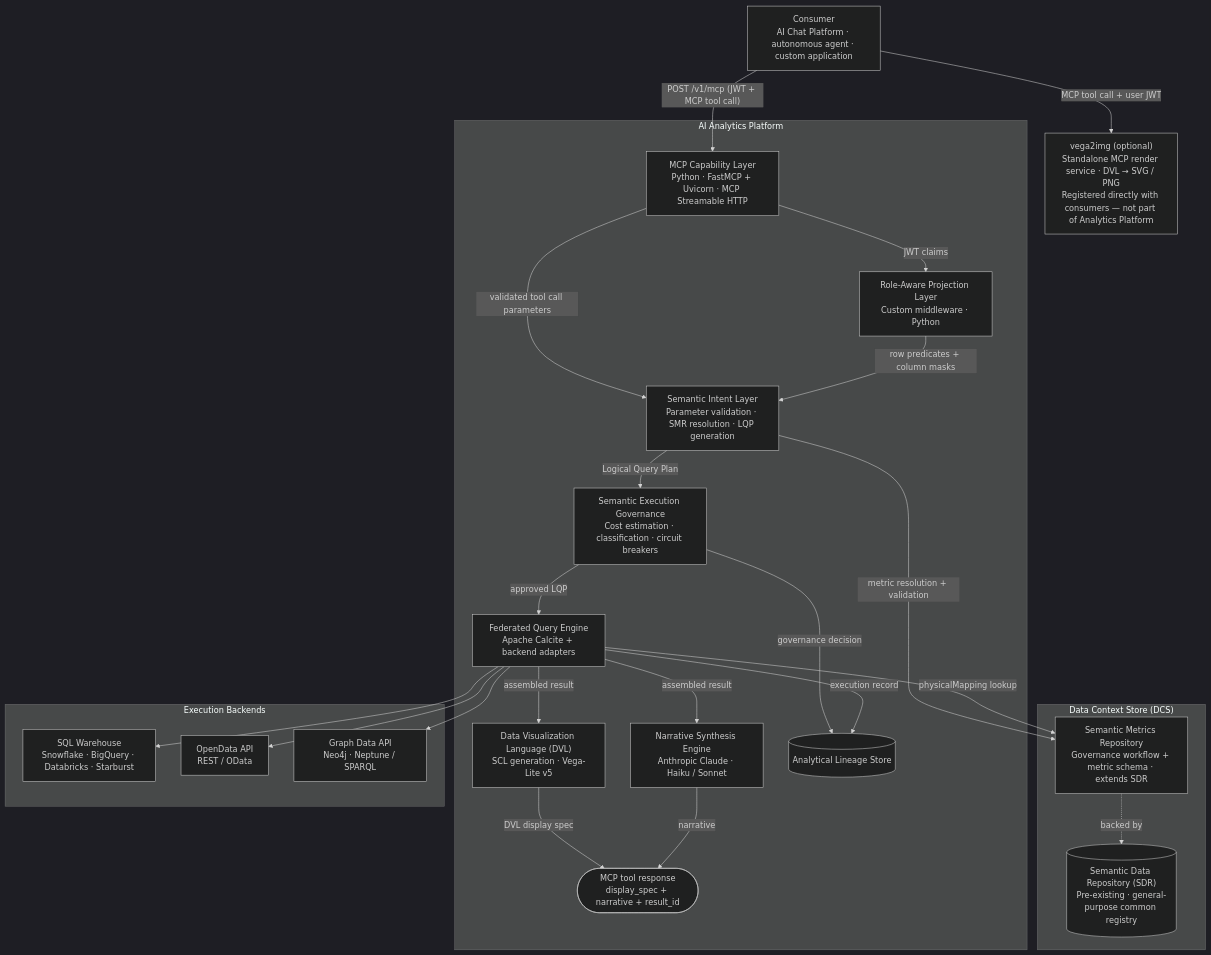
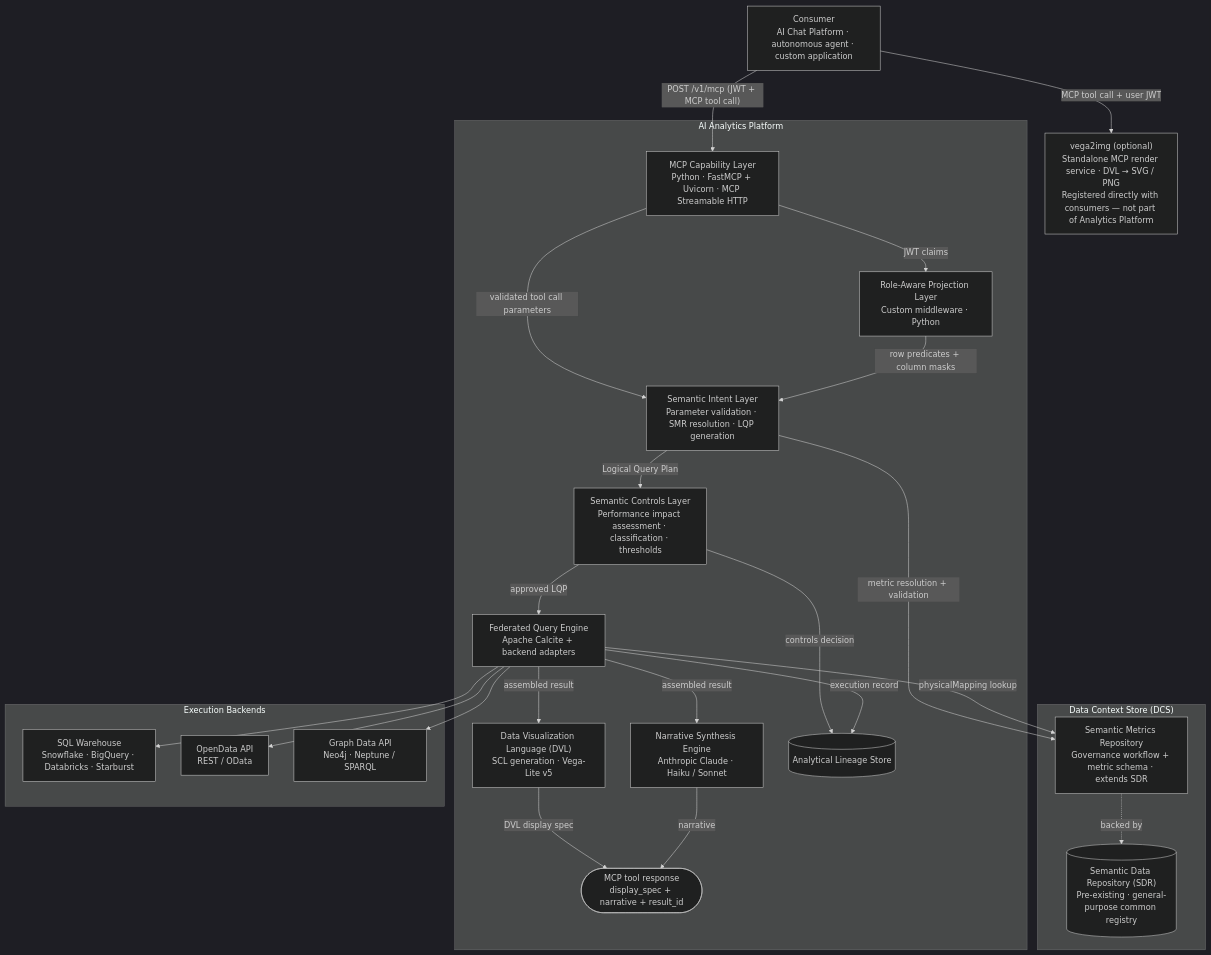
Before and after one commit to M-A-Operating-System/shared-work: the diagram in docs/product/analytics/04-technical-implementation.md, drawn with Mermaid (dark theme). The commit also changed other lines of this file and 8 other files, not shown here.

First line of the commit message:
Rebrand SEG→SCL, governance→controls, cost→performance impact

````diff
--- a/docs/product/analytics/04-technical-implementation.md
+++ b/docs/product/analytics/04-technical-implementation.md
@@ -11,47 +11,47 @@
 ```mermaid
 flowchart TD
     Consumer["Consumer\nAI Chat Platform · autonomous agent · custom application"]
 
     subgraph analytics["AI Analytics Platform"]
         MCP["MCP Capability Layer\nPython · FastMCP + Uvicorn · MCP Streamable HTTP"]
         SIL["Semantic Intent Layer\nParameter validation · SMR resolution · LQP generation"]
         RAPL["Role-Aware Projection Layer\nCustom middleware · Python"]
-        SEG["Semantic Execution Governance\nCost estimation · classification · circuit breakers"]
+        SCL["Semantic Controls Layer\nPerformance impact assessment · classification · thresholds"]
         FQE["Federated Query Engine\nApache Calcite + backend adapters"]
         DVL["Data Visualization Language (DVL)\nSCL generation · Vega-Lite v5"]
         NSE["Narrative Synthesis Engine\nAnthropic Claude · Haiku / Sonnet"]
         LS[("Analytical Lineage Store")]
         Result(["MCP tool response\ndisplay_spec + narrative + result_id"])
     end
 
     vega2img["vega2img (optional)\nStandalone MCP render service · DVL → SVG / PNG\nRegistered directly with consumers — not part of Analytics Platform"]
 
     subgraph dcs["Data Context Store (DCS)"]
         SMR["Semantic Metrics Repository\nGovernance workflow + metric schema · extends SDR"]
         SDR[("Semantic Data Repository (SDR)\nPre-existing · general-purpose common registry")]
         SMR -. backed by .-> SDR
     end
 
     subgraph backends["Execution Backends"]
         SQL["SQL Warehouse\nSnowflake · BigQuery · Databricks · Starburst"]
         ODA["OpenData API\nREST / OData"]
         GDA["Graph Data API\nNeo4j · Neptune / SPARQL"]
     end
 
     Consumer -->|"POST /v1/mcp (JWT + MCP tool call)"| MCP
     Consumer -->|"MCP tool call + user JWT"| vega2img
     MCP -->|"validated tool call parameters"| SIL
     MCP -->|"JWT claims"| RAPL
     RAPL -->|"row predicates + column masks"| SIL
     SIL -->|"metric resolution + validation"| SMR
-    SIL -->|"Logical Query Plan"| SEG
-    SEG -->|"approved LQP"| FQE
-    SEG -->|"governance decision"| LS
+    SIL -->|"Logical Query Plan"| SCL
+    SCL -->|"approved LQP"| FQE
+    SCL -->|"controls decision"| LS
     FQE -->|"physicalMapping lookup"| SMR
     FQE --> SQL & ODA & GDA
     FQE -->|"execution record"| LS
     FQE -->|"assembled result"| DVL
     FQE -->|"assembled result"| NSE
     DVL -->|"DVL display spec"| Result
     NSE -->|"narrative"| Result
 ```
````
